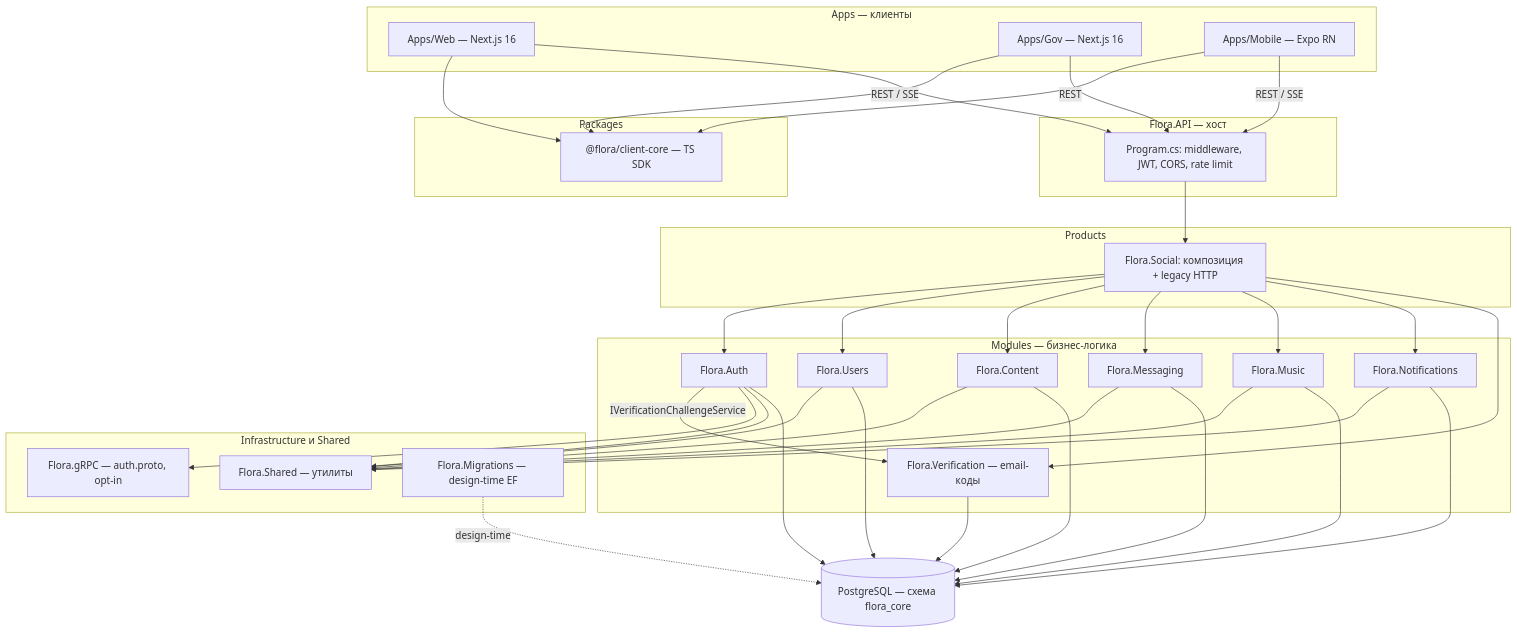
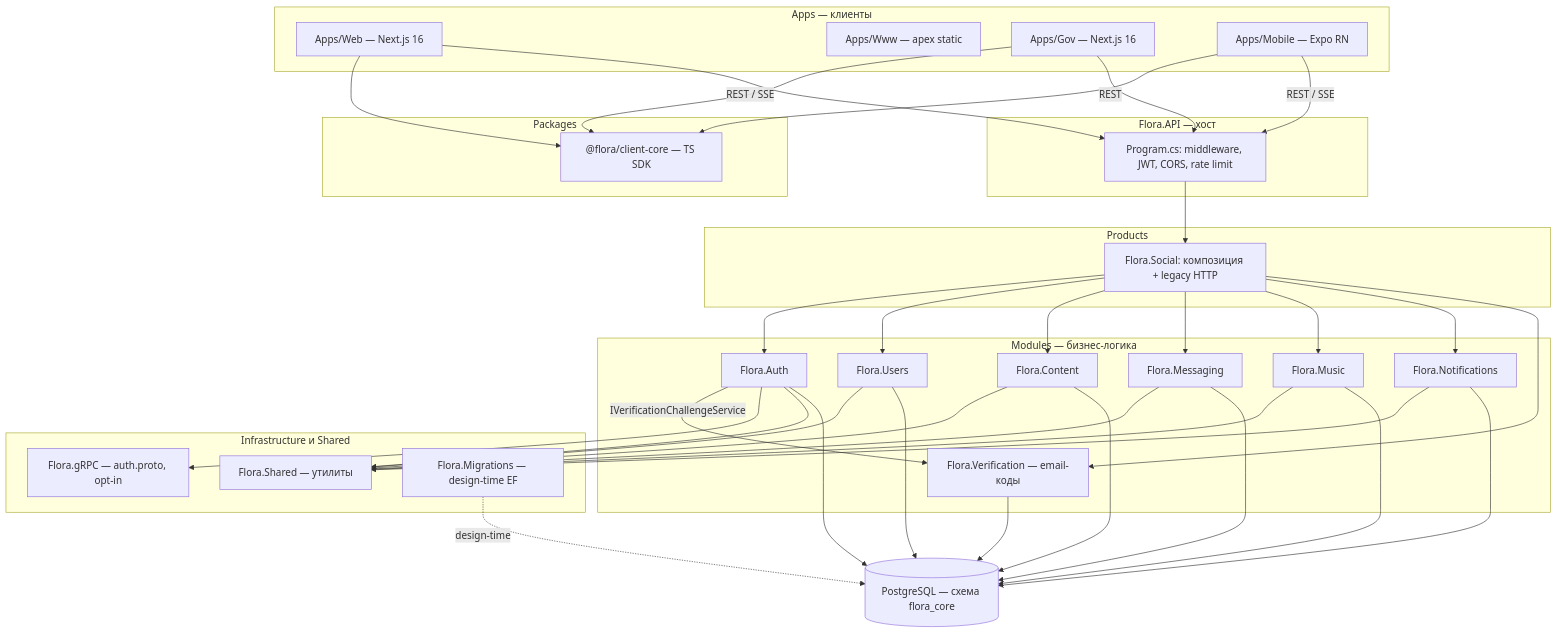
The second of 7 diagrams in ARCHITECTURE.md (effka11/Flora.Ecosystem), drawn with Mermaid before and after one commit. The commit also changed other lines of this file and 10 other files, not shown here.

````diff
--- a/ARCHITECTURE.md
+++ b/ARCHITECTURE.md
@@ -62,63 +62,64 @@
 ```mermaid
 flowchart TD
     subgraph apps [Apps — клиенты]
         Web["Apps/Web — Next.js 16"]
+        Www["Apps/Www — apex static"]
         Gov["Apps/Gov — Next.js 16"]
         Mobile["Apps/Mobile — Expo RN"]
     end
     subgraph pkg [Packages]
         Core["@flora/client-core — TS SDK"]
     end
     subgraph host [Flora.API — хост]
         Program["Program.cs: middleware, JWT, CORS, rate limit"]
     end
     subgraph product [Products]
         Social["Flora.Social: композиция + legacy HTTP"]
     end
     subgraph modules [Modules — бизнес-логика]
         Auth["Flora.Auth"]
         Users["Flora.Users"]
         Content["Flora.Content"]
         Messaging["Flora.Messaging"]
         Music["Flora.Music"]
         Notifications["Flora.Notifications"]
         Verification["Flora.Verification — email-коды"]
     end
     subgraph infra [Infrastructure и Shared]
         Grpc["Flora.gRPC — auth.proto, opt-in"]
         Shared["Flora.Shared — утилиты"]
         Migrations["Flora.Migrations — design-time EF"]
     end
     Db[("PostgreSQL — схема flora_core")]
 
     Web --> Core
     Gov --> Core
     Mobile --> Core
     Web -->|"REST / SSE"| Program
     Gov -->|"REST"| Program
     Mobile -->|"REST / SSE"| Program
     Program --> Social
     Social --> Auth
     Social --> Users
     Social --> Content
     Social --> Messaging
     Social --> Music
     Social --> Notifications
     Social --> Verification
     Auth -->|"IVerificationChallengeService"| Verification
     Auth --> Grpc
     Auth --> Shared
     Users --> Shared
     Content --> Shared
     Messaging --> Shared
     Music --> Shared
     Notifications --> Shared
     Auth --> Db
     Users --> Db
     Content --> Db
     Messaging --> Db
     Music --> Db
     Notifications --> Db
     Verification --> Db
     Migrations -.->|"design-time"| Db
 ```
````
